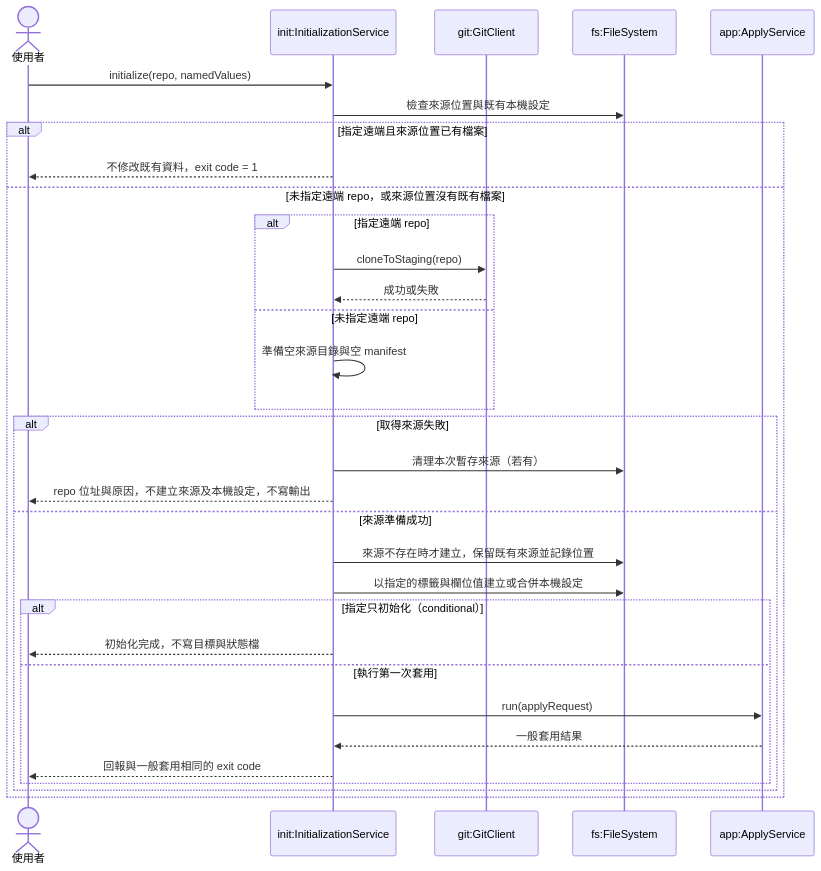
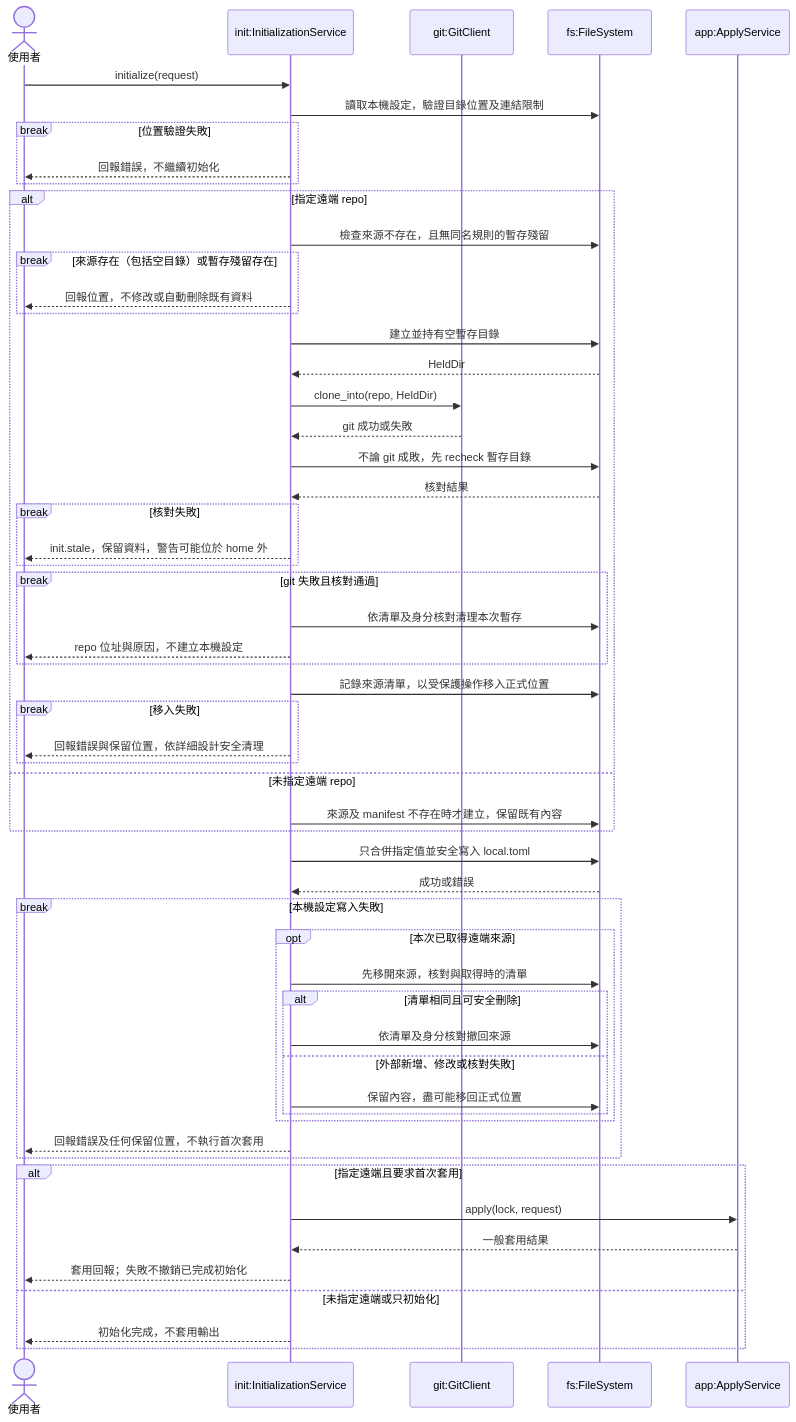
The tenth of 10 diagrams in docs/03-preliminary-design/uml.md (accidental-two-timer-sam-woof/rosamta-waterfall), drawn with Mermaid before and after one commit. The commit also changed other lines of this file, not shown here.

Commit message:
docs(design): align preliminary UML with SRS 1.5

````diff
--- a/docs/03-preliminary-design/uml.md
+++ b/docs/03-preliminary-design/uml.md
@@ -600,34 +627,58 @@
 ```mermaid
 sequenceDiagram
     actor U as 使用者
     participant I as init:InitializationService
     participant G as git:GitClient
     participant F as fs:FileSystem
     participant A as app:ApplyService
-    U->>I: initialize(repo, namedValues)
-    I->>F: 檢查來源位置與既有本機設定
-    alt 指定遠端且來源位置已有檔案
-        I-->>U: 不修改既有資料，exit code = 1
-    else 未指定遠端 repo，或來源位置沒有既有檔案
-        alt 指定遠端 repo
-            I->>G: cloneToStaging(repo)
-            G-->>I: 成功或失敗
-        else 未指定遠端 repo
-            I->>I: 準備空來源目錄與空 manifest
+    U->>I: initialize(request)
+    I->>F: 讀取本機設定，驗證目錄位置及連結限制
+    break 位置驗證失敗
+        I-->>U: 回報錯誤，不繼續初始化
+    end
+    alt 指定遠端 repo
+        I->>F: 檢查來源不存在，且無同名規則的暫存殘留
+        break 來源存在（包括空目錄）或暫存殘留存在
+            I-->>U: 回報位置，不修改或自動刪除既有資料
         end
-        alt 取得來源失敗
-            I->>F: 清理本次暫存來源（若有）
-            I-->>U: repo 位址與原因，不建立來源及本機設定，不寫輸出
-        else 來源準備成功
-            I->>F: 來源不存在時才建立，保留既有來源並記錄位置
-            I->>F: 以指定的標籤與欄位值建立或合併本機設定
-            alt 指定只初始化（conditional）
-                I-->>U: 初始化完成，不寫目標與狀態檔
-            else 執行第一次套用
-                I->>A: run(applyRequest)
-                A-->>I: 一般套用結果
-                I-->>U: 回報與一般套用相同的 exit code
+        I->>F: 建立並持有空暫存目錄
+        F-->>I: HeldDir
+        I->>G: clone_into(repo, HeldDir)
+        G-->>I: git 成功或失敗
+        I->>F: 不論 git 成敗，先 recheck 暫存目錄
+        F-->>I: 核對結果
+        break 核對失敗
+            I-->>U: init.stale，保留資料，警告可能位於 home 外
+        end
+        break git 失敗且核對通過
+            I->>F: 依清單及身分核對清理本次暫存
+            I-->>U: repo 位址與原因，不建立本機設定
+        end
+        I->>F: 記錄來源清單，以受保護操作移入正式位置
+        break 移入失敗
+            I-->>U: 回報錯誤與保留位置，依詳細設計安全清理
+        end
+    else 未指定遠端 repo
+        I->>F: 來源及 manifest 不存在時才建立，保留既有內容
+    end
+    I->>F: 只合併指定值並安全寫入 local.toml
+    F-->>I: 成功或錯誤
+    break 本機設定寫入失敗
+        opt 本次已取得遠端來源
+            I->>F: 先移開來源，核對與取得時的清單
+            alt 清單相同且可安全刪除
+                I->>F: 依清單及身分核對撤回來源
+            else 外部新增、修改或核對失敗
+                I->>F: 保留內容，盡可能移回正式位置
             end
         end
+        I-->>U: 回報錯誤及任何保留位置，不執行首次套用
+    end
+    alt 指定遠端且要求首次套用
+        I->>A: apply(lock, request)
+        A-->>I: 一般套用結果
+        I-->>U: 套用回報；失敗不撤銷已完成初始化
+    else 未指定遠端或只初始化
+        I-->>U: 初始化完成，不套用輸出
     end
 ```
````
